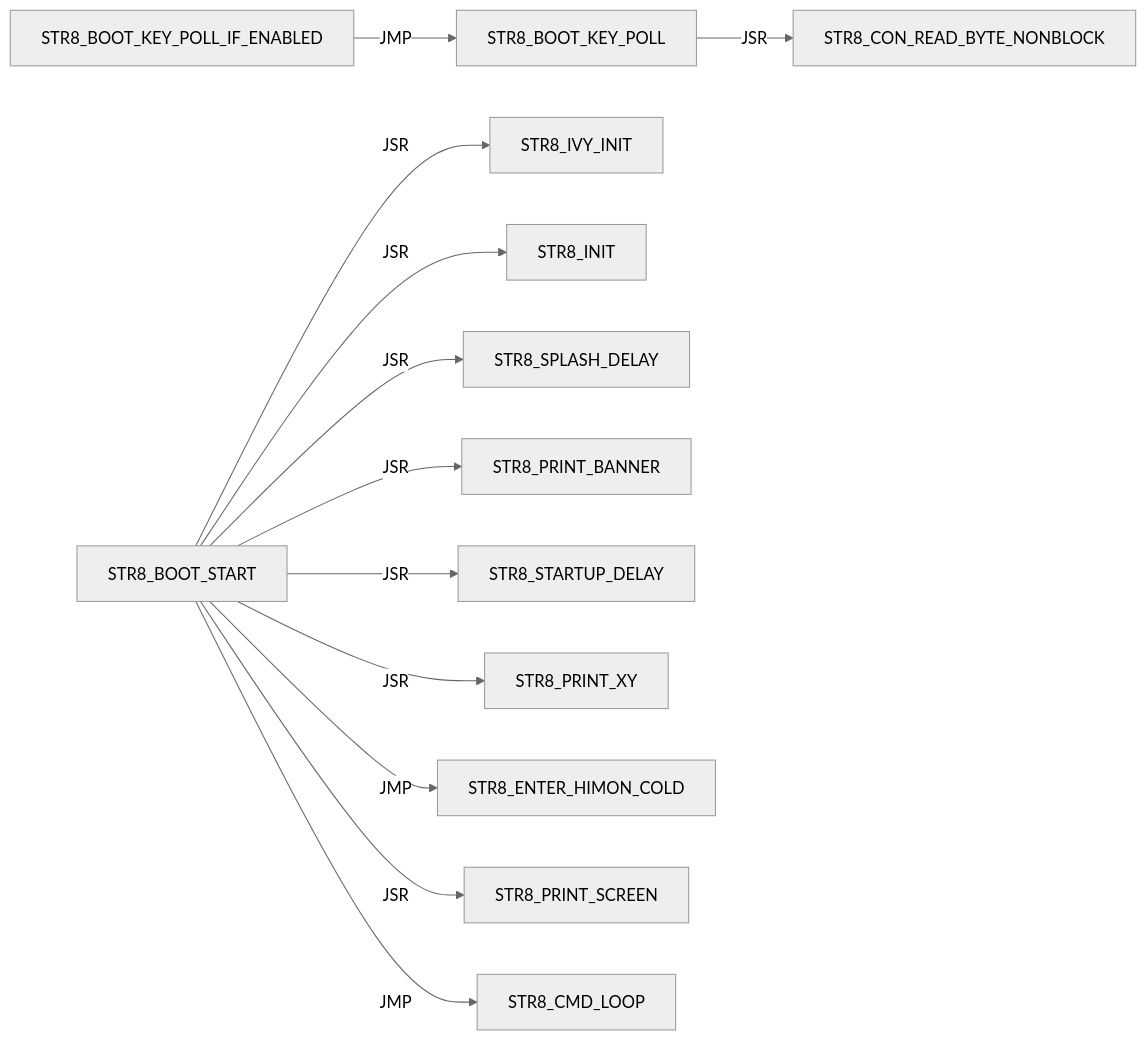
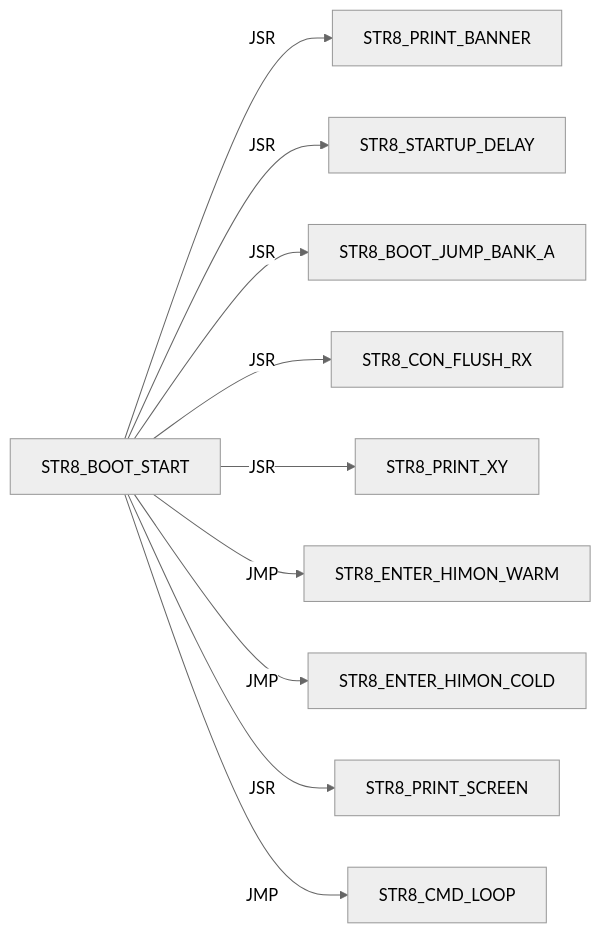
The eighth of 45 diagrams in DOC/GUIDES/STR8/STR8_EDGE_DUMP.md (95westus/R-YORS), drawn with Mermaid (neutral theme) before and after one commit. The commit also changed other lines of this file and 38 other files, not shown here.

Commit message:
Add accepted STR8 boot selector

````diff
--- a/DOC/GUIDES/STR8/STR8_EDGE_DUMP.md
+++ b/DOC/GUIDES/STR8/STR8_EDGE_DUMP.md
@@ -104,14 +123,12 @@
 ```mermaid
 flowchart LR
-    N0["STR8_BOOT_KEY_POLL"] -->|JSR| N1["STR8_CON_READ_BYTE_NONBLOCK"]
-    N2["STR8_BOOT_KEY_POLL_IF_ENABLED"] -->|JMP| N0["STR8_BOOT_KEY_POLL"]
-    N3["STR8_BOOT_START"] -->|JSR| N4["STR8_IVY_INIT"]
-    N3["STR8_BOOT_START"] -->|JSR| N5["STR8_INIT"]
-    N3["STR8_BOOT_START"] -->|JSR| N6["STR8_SPLASH_DELAY"]
-    N3["STR8_BOOT_START"] -->|JSR| N7["STR8_PRINT_BANNER"]
-    N3["STR8_BOOT_START"] -->|JSR| N8["STR8_STARTUP_DELAY"]
-    N3["STR8_BOOT_START"] -->|JSR| N9["STR8_PRINT_XY"]
-    N3["STR8_BOOT_START"] -->|JMP| N10["STR8_ENTER_HIMON_COLD"]
-    N3["STR8_BOOT_START"] -->|JSR| N11["STR8_PRINT_SCREEN"]
-    N3["STR8_BOOT_START"] -->|JMP| N12["STR8_CMD_LOOP"]
+    N0["STR8_BOOT_START"] -->|JSR| N1["STR8_PRINT_BANNER"]
+    N0["STR8_BOOT_START"] -->|JSR| N2["STR8_STARTUP_DELAY"]
+    N0["STR8_BOOT_START"] -->|JSR| N3["STR8_BOOT_JUMP_BANK_A"]
+    N0["STR8_BOOT_START"] -->|JSR| N4["STR8_CON_FLUSH_RX"]
+    N0["STR8_BOOT_START"] -->|JSR| N5["STR8_PRINT_XY"]
+    N0["STR8_BOOT_START"] -->|JMP| N6["STR8_ENTER_HIMON_WARM"]
+    N0["STR8_BOOT_START"] -->|JMP| N7["STR8_ENTER_HIMON_COLD"]
+    N0["STR8_BOOT_START"] -->|JSR| N8["STR8_PRINT_SCREEN"]
+    N0["STR8_BOOT_START"] -->|JMP| N9["STR8_CMD_LOOP"]
 ```
````
